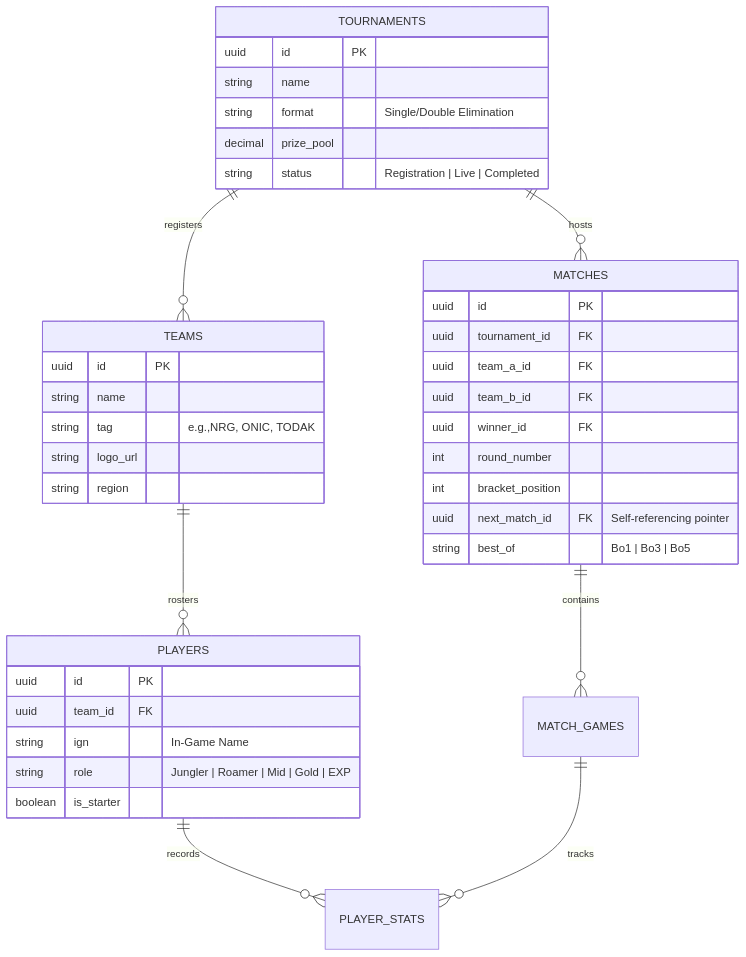
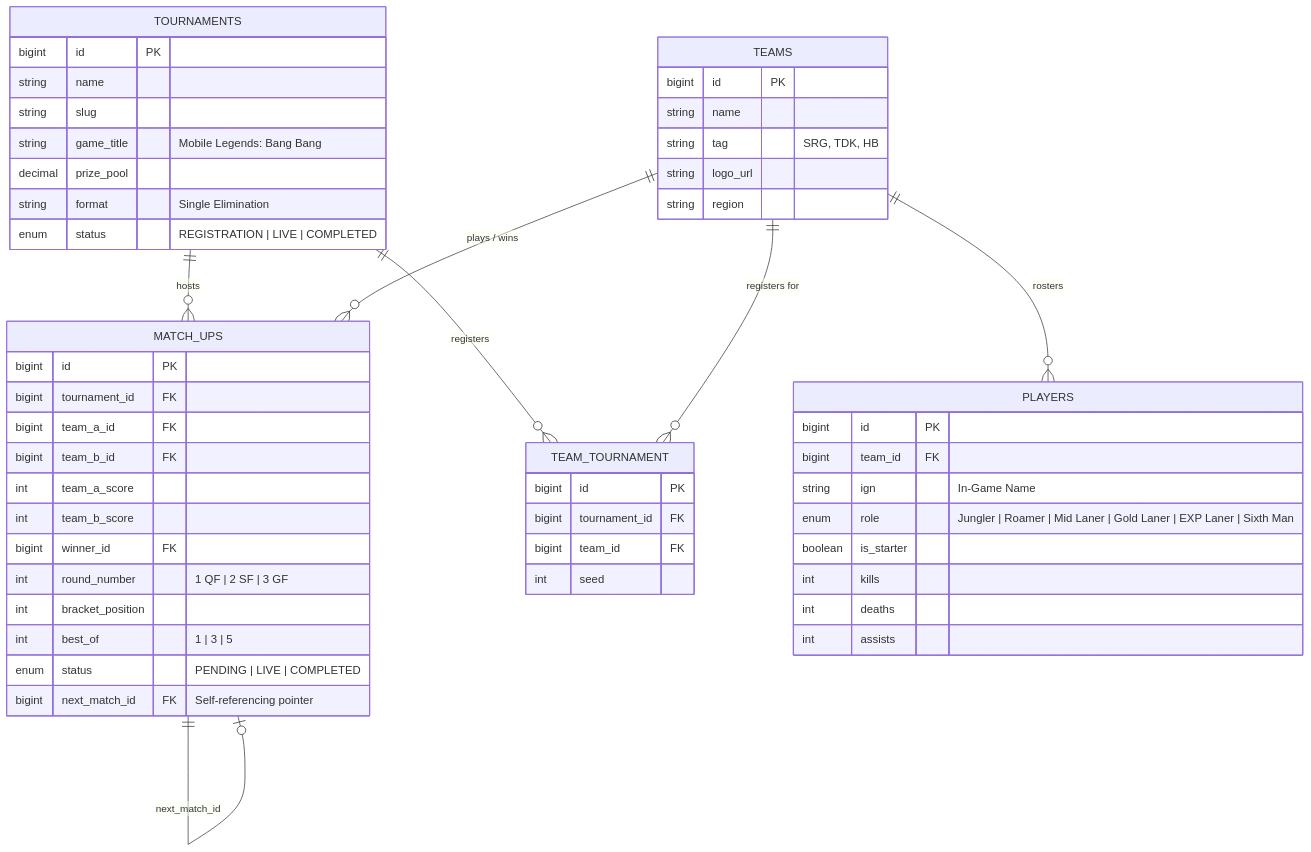
The second of 2 diagrams in README.md (Wishprogram01/E-sport-Tournament-Hub), drawn with Mermaid before and after one commit. The commit also changed other lines of this file and 81 other files, not shown here.

````diff
--- a/README.md
+++ b/README.md
@@ -52,42 +81,56 @@
 ```mermaid
 erDiagram
-    TOURNAMENTS ||--o{ MATCHES : hosts
-    TOURNAMENTS ||--o{ TEAMS : registers
+    TOURNAMENTS ||--o{ MATCH_UPS : hosts
+    TOURNAMENTS ||--o{ TEAM_TOURNAMENT : registers
+    TEAMS ||--o{ TEAM_TOURNAMENT : "registers for"
     TEAMS ||--o{ PLAYERS : rosters
-    MATCHES ||--o{ MATCH_GAMES : contains
-    PLAYERS ||--o{ PLAYER_STATS : records
-    MATCH_GAMES ||--o{ PLAYER_STATS : tracks
+    TEAMS ||--o{ MATCH_UPS : "plays / wins"
+    MATCH_UPS ||--o| MATCH_UPS : "next_match_id"
 
     TOURNAMENTS {
-        uuid id PK
+        bigint id PK
         string name
-        string format "Single/Double Elimination"
+        string slug
+        string game_title "Mobile Legends: Bang Bang"
         decimal prize_pool
-        string status "Registration | Live | Completed"
+        string format "Single Elimination"
+        enum status "REGISTRATION | LIVE | COMPLETED"
     }
     TEAMS {
-        uuid id PK
+        bigint id PK
         string name
-        string tag "e.g.,NRG, ONIC, TODAK"
+        string tag "SRG, TDK, HB"
         string logo_url
         string region
     }
     PLAYERS {
-        uuid id PK
-        uuid team_id FK
+        bigint id PK
+        bigint team_id FK
         string ign "In-Game Name"
-        string role "Jungler | Roamer | Mid | Gold | EXP"
+        enum role "Jungler | Roamer | Mid Laner | Gold Laner | EXP Laner | Sixth Man"
         boolean is_starter
+        int kills
+        int deaths
+        int assists
     }
-    MATCHES {
-        uuid id PK
-        uuid tournament_id FK
-        uuid team_a_id FK
-        uuid team_b_id FK
-        uuid winner_id FK
-        int round_number
+    TEAM_TOURNAMENT {
+        bigint id PK
+        bigint tournament_id FK
+        bigint team_id FK
+        int seed
+    }
+    MATCH_UPS {
+        bigint id PK
+        bigint tournament_id FK
+        bigint team_a_id FK
+        bigint team_b_id FK
+        int team_a_score
+        int team_b_score
+        bigint winner_id FK
+        int round_number "1 QF | 2 SF | 3 GF"
         int bracket_position
-        uuid next_match_id FK "Self-referencing pointer"
-        string best_of "Bo1 | Bo3 | Bo5"
+        int best_of "1 | 3 | 5"
+        enum status "PENDING | LIVE | COMPLETED"
+        bigint next_match_id FK "Self-referencing pointer"
     }
 ```
````
